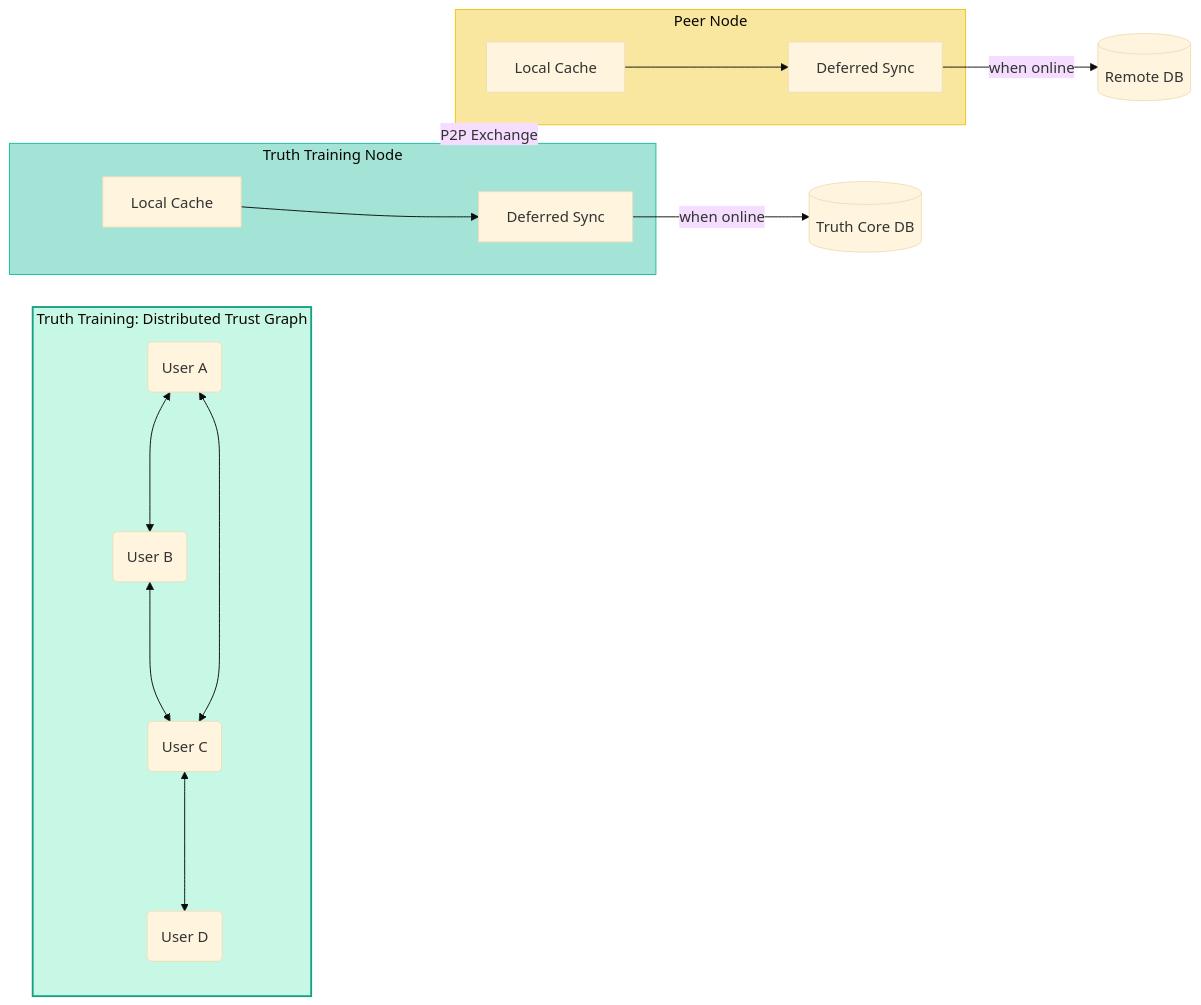
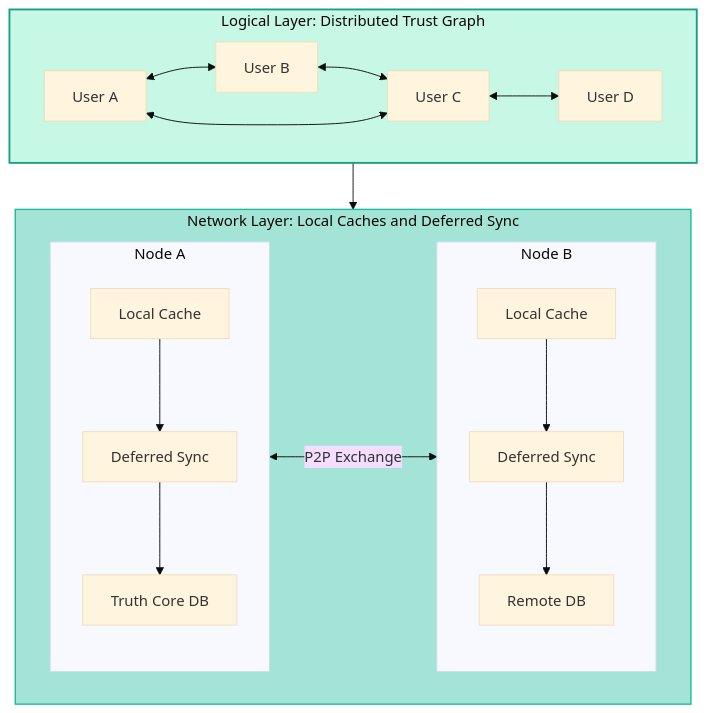
Before and after one commit to ekwator/truth-training: the first of 2 diagrams in spec/17--offline-reliability.md, drawn with Mermaid (base theme). The commit also changed other lines of this file, not shown here.

Commit message:
correct Comparative Diagram: Trust Graph vs Digital Money

````diff
--- a/spec/17--offline-reliability.md
+++ b/spec/17--offline-reliability.md
@@ -126,30 +126,36 @@
 ```mermaid
-flowchart LR
-    subgraph TruthTraining["Truth Training: Distributed Trust Graph"]
-        nodeA(User A)
-        nodeB(User B)
-        nodeC(User C)
-        nodeD(User D)
-        nodeA <---> nodeB
-        nodeB <---> nodeC
-        nodeC <---> nodeD
-        nodeA <---> nodeC
-        style TruthTraining fill:#c7f7e5,stroke:#16a085,stroke-width:2px
+flowchart TD
+    subgraph L1["Logical Layer: Distributed Trust Graph"]
+        UA["User A"]
+        UB["User B"]
+        UC["User C"]
+        UD["User D"]
+        UA <--> UB
+        UB <--> UC
+        UC <--> UD
+        UA <--> UC
+        style L1 fill:#c7f7e5,stroke:#16a085,stroke-width:2px
     end
 
-    subgraph A[Truth Training Node]
-        cacheA[Local Cache]
-        syncA[Deferred Sync]
-    end
-    subgraph B[Peer Node]
-        cacheB[Local Cache]
-        syncB[Deferred Sync]
+    subgraph L2["Network Layer: Local Caches and Deferred Sync"]
+        subgraph NodeA["Node A"]
+            cacheA["Local Cache"]
+            syncA["Deferred Sync"]
+            dbA["Truth Core DB"]
+            cacheA --> syncA --> dbA
+        end
+
+        subgraph NodeB["Node B"]
+            cacheB["Local Cache"]
+            syncB["Deferred Sync"]
+            dbB["Remote DB"]
+            cacheB --> syncB --> dbB
+        end
+
+        NodeA <-->|P2P Exchange| NodeB
     end
 
-    A -- P2P Exchange --> B
-    cacheA --> syncA -->|when online| CoreDB[(Truth Core DB)]
-    cacheB --> syncB -->|when online| CoreDBB[(Remote DB)]
+    L1 --> L2
 
-    style A fill:#a3e4d7,stroke:#1abc9c
-    style B fill:#f9e79f,stroke:#f1c40f
+    style L2 fill:#a3e4d7,stroke:#1abc9c,stroke-width:1.5px
 ```
````
